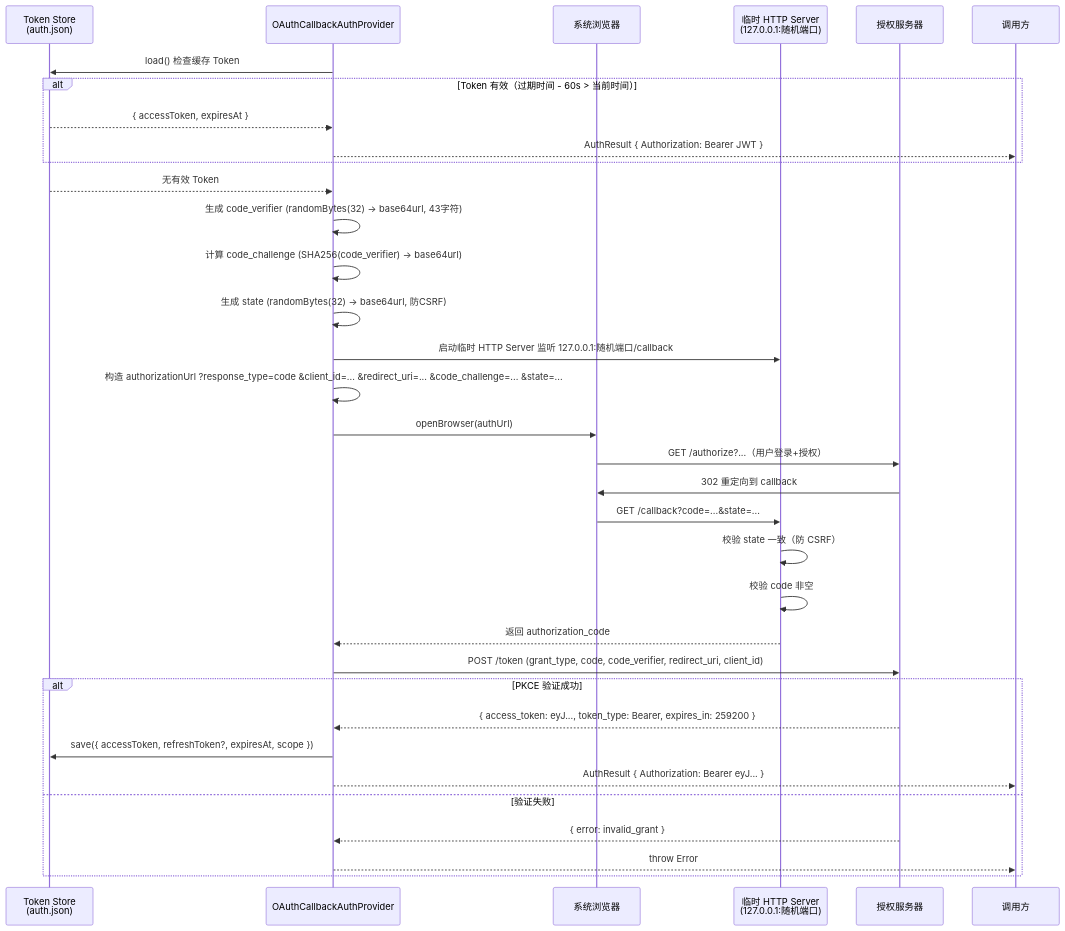
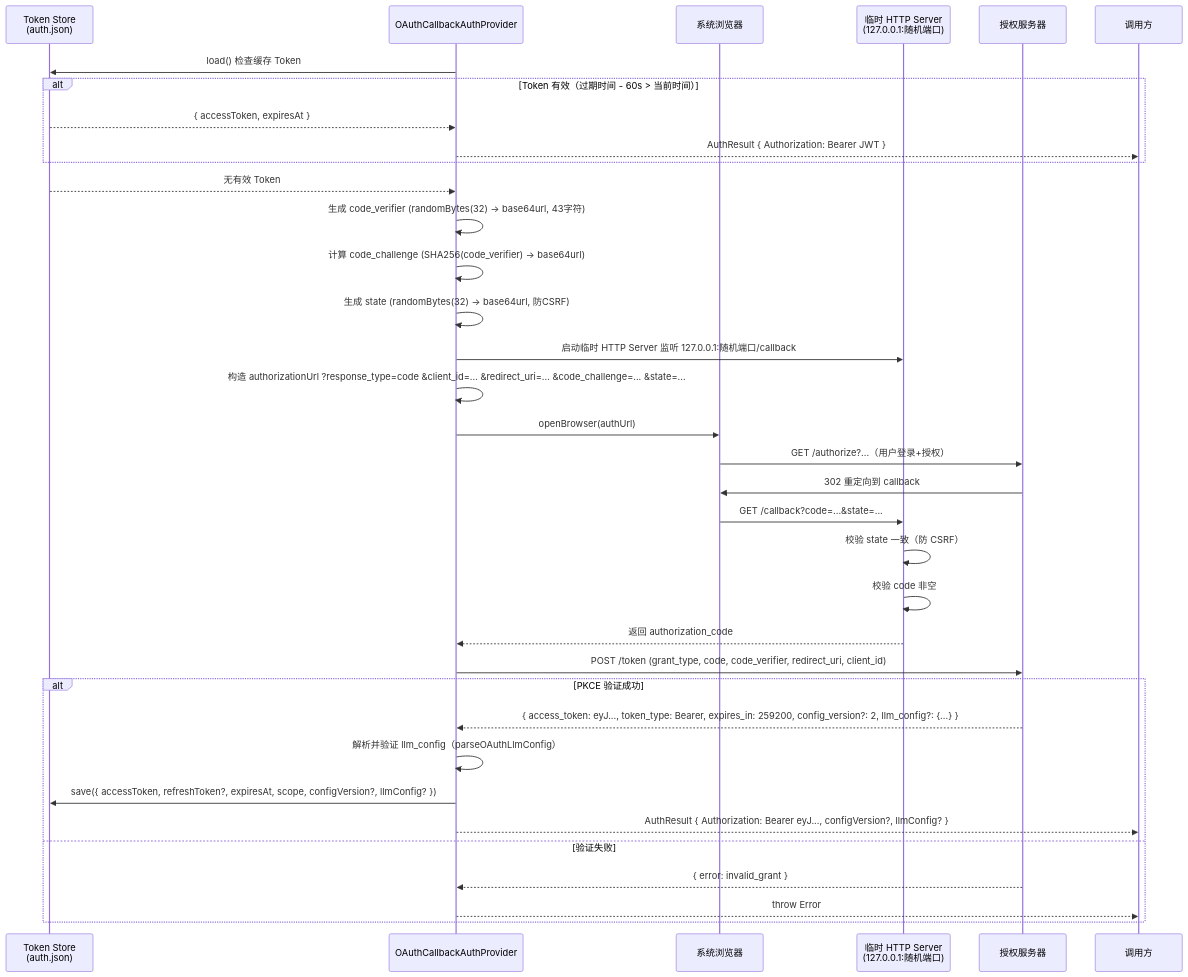
One commit to YachuanWzh/flavor-code changed diagram 32 of 45 in 技术方案报告.md. Above: the diagram before and after it, drawn with Mermaid. The commit also changed other lines of this file and 6 other files, not shown here.

First line of the commit message:
feat(auth): 实现 PKCE 运行时 LLM 配置管理

````diff
--- a/技术方案报告.md
+++ b/技术方案报告.md
@@ -3045,43 +3100,44 @@
 ```mermaid
 sequenceDiagram
     participant STORE as Token Store<br/>(auth.json)
     participant PROV as OAuthCallbackAuthProvider
     participant BROWSER as 系统浏览器
     participant SRV as 临时 HTTP Server<br/>(127.0.0.1:随机端口)
     participant AUTH as 授权服务器
 
     PROV->>STORE: load() 检查缓存 Token
     alt Token 有效（过期时间 - 60s > 当前时间）
         STORE-->>PROV: { accessToken, expiresAt }
         PROV-->>调用方: AuthResult { Authorization: Bearer JWT }
     end
 
     STORE-->>PROV: 无有效 Token
 
     PROV->>PROV: 生成 code_verifier (randomBytes(32) → base64url, 43字符)
     PROV->>PROV: 计算 code_challenge (SHA256(code_verifier) → base64url)
     PROV->>PROV: 生成 state (randomBytes(32) → base64url, 防CSRF)
     PROV->>SRV: 启动临时 HTTP Server 监听 127.0.0.1:随机端口/callback
 
     PROV->>PROV: 构造 authorizationUrl ?response_type=code &client_id=... &redirect_uri=... &code_challenge=... &state=...
 
     PROV->>BROWSER: openBrowser(authUrl)
     BROWSER->>AUTH: GET /authorize?...（用户登录+授权）
     AUTH->>BROWSER: 302 重定向到 callback
     BROWSER->>SRV: GET /callback?code=...&state=...
 
     SRV->>SRV: 校验 state 一致（防 CSRF）
     SRV->>SRV: 校验 code 非空
     SRV-->>PROV: 返回 authorization_code
 
     PROV->>AUTH: POST /token (grant_type, code, code_verifier, redirect_uri, client_id)
 
     alt PKCE 验证成功
-        AUTH-->>PROV: { access_token: eyJ..., token_type: Bearer, expires_in: 259200 }
-        PROV->>STORE: save({ accessToken, refreshToken?, expiresAt, scope })
-        PROV-->>调用方: AuthResult { Authorization: Bearer eyJ... }
+        AUTH-->>PROV: { access_token: eyJ..., token_type: Bearer, expires_in: 259200, config_version?: 2, llm_config?: {...} }
+        PROV->>PROV: 解析并验证 llm_config（parseOAuthLlmConfig）
+        PROV->>STORE: save({ accessToken, refreshToken?, expiresAt, scope, configVersion?, llmConfig? })
+        PROV-->>调用方: AuthResult { Authorization: Bearer eyJ..., configVersion?, llmConfig? }
     else 验证失败
         AUTH-->>PROV: { error: invalid_grant }
         PROV-->>调用方: throw Error
     end
 ```
````
